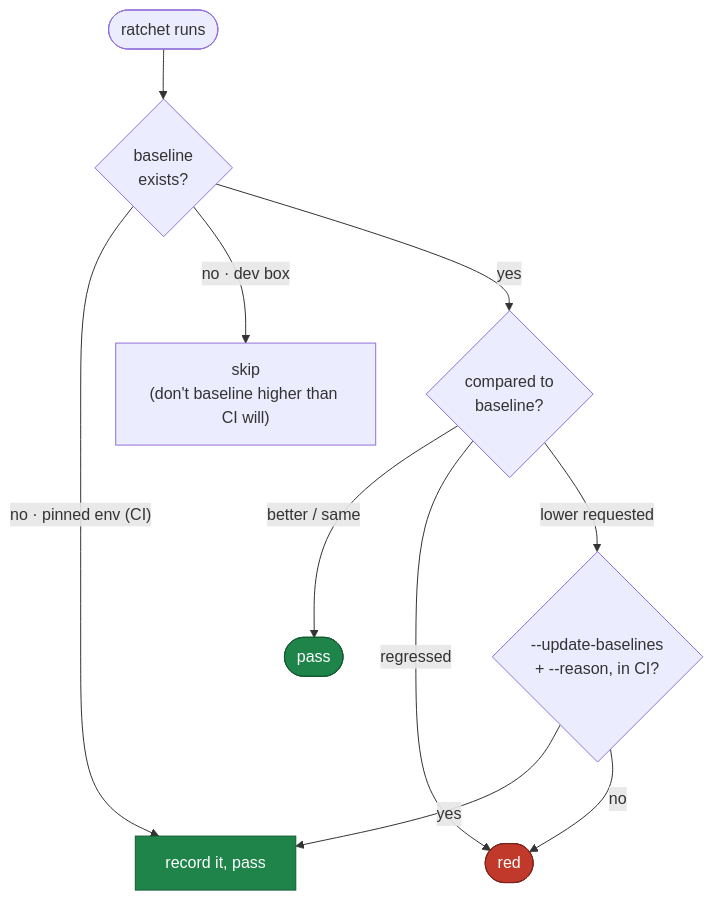
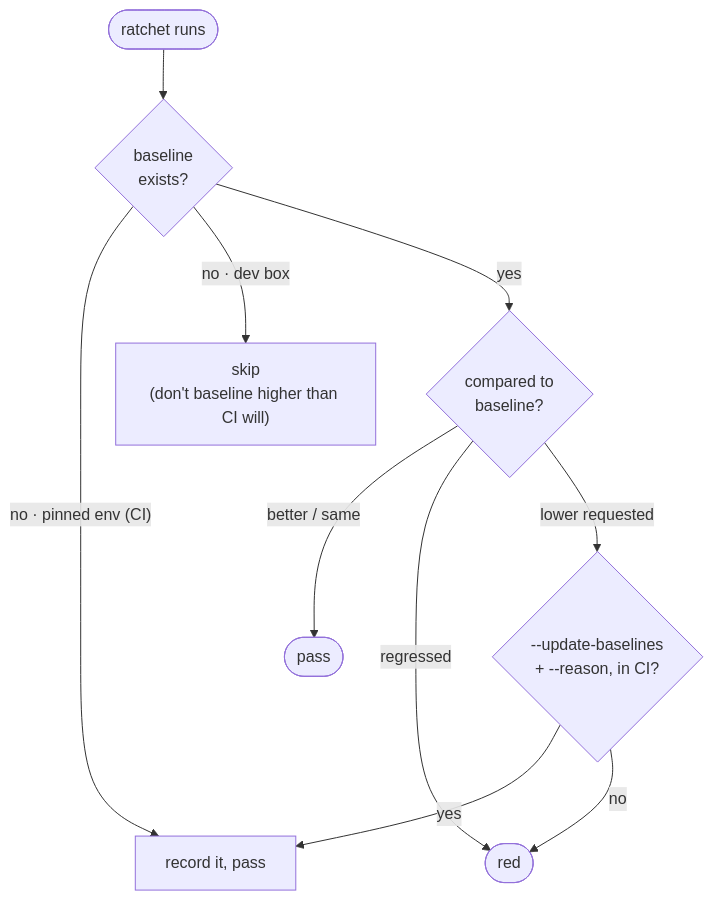
Before and after one commit to clintecker/celebrimbor: the first of 2 diagrams in docs/gate/ratchets.md, drawn with Mermaid. The commit also changed other lines of this file and 12 other files, not shown here.

First line of the commit message:
docs: fix diagram rendering — drop hardcoded mermaid colors, real table headers

````diff
--- a/docs/gate/ratchets.md
+++ b/docs/gate/ratchets.md
@@ -21,16 +21,12 @@
 ```mermaid
 flowchart TD
     R([ratchet runs]) --> B{baseline<br/>exists?}
     B -->|"no · pinned env (CI)"| REC[record it, pass]
     B -->|"no · dev box"| SK["skip<br/>(don't baseline higher than CI will)"]
     B -->|yes| CMP{compared to<br/>baseline?}
     CMP -->|better / same| PASS([pass])
     CMP -->|regressed| RED([red])
     CMP -->|"lower requested"| U{--update-baselines<br/>+ --reason, in CI?}
     U -->|yes| REC
     U -->|no| RED
-    classDef red fill:#c0392b,stroke:#7b241c,color:#fff
-    classDef green fill:#1e8449,stroke:#145a32,color:#fff
-    class RED red
-    class PASS,REC green
 ```
````
